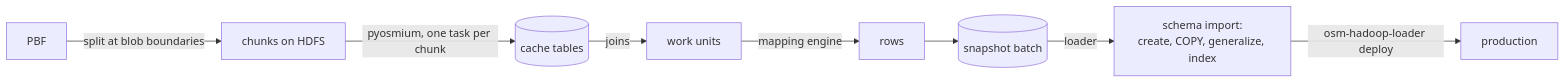
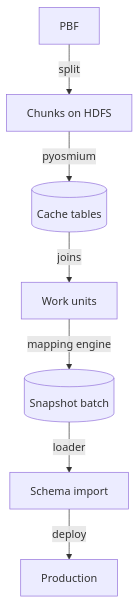
Before and after one commit to johngian/osm-spark-import: the second of 5 diagrams in docs/design.md, drawn with Mermaid. The commit also changed other lines of this file and 2 other files, not shown here.

Commit message:
Make diagrams fit small screens

````diff
--- a/docs/design.md
+++ b/docs/design.md
@@ -90,10 +66,9 @@
 ```mermaid
-flowchart LR
-    a[PBF] -->|split at blob boundaries| b[chunks on HDFS]
-    b -->|pyosmium, one task per chunk| c[(cache tables)]
-    c -->|joins| d[work units]
-    d -->|mapping engine| e[rows]
-    e --> f[(snapshot batch)]
-    f -->|loader| g[schema import:<br/>create, COPY, generalize, index]
-    g -->|osm-hadoop-loader deploy| h[production]
+flowchart TB
+    a[PBF] -->|split| b[Chunks on HDFS]
+    b -->|pyosmium| c[(Cache tables)]
+    c -->|joins| d[Work units]
+    d -->|mapping engine| e[(Snapshot batch)]
+    e -->|loader| f[Schema import]
+    f -->|deploy| g[Production]
 ```
````
